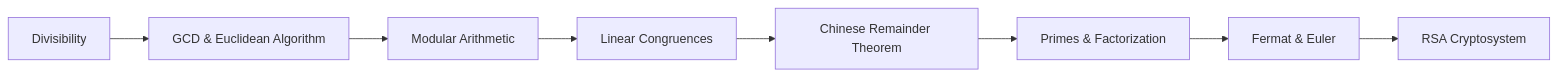
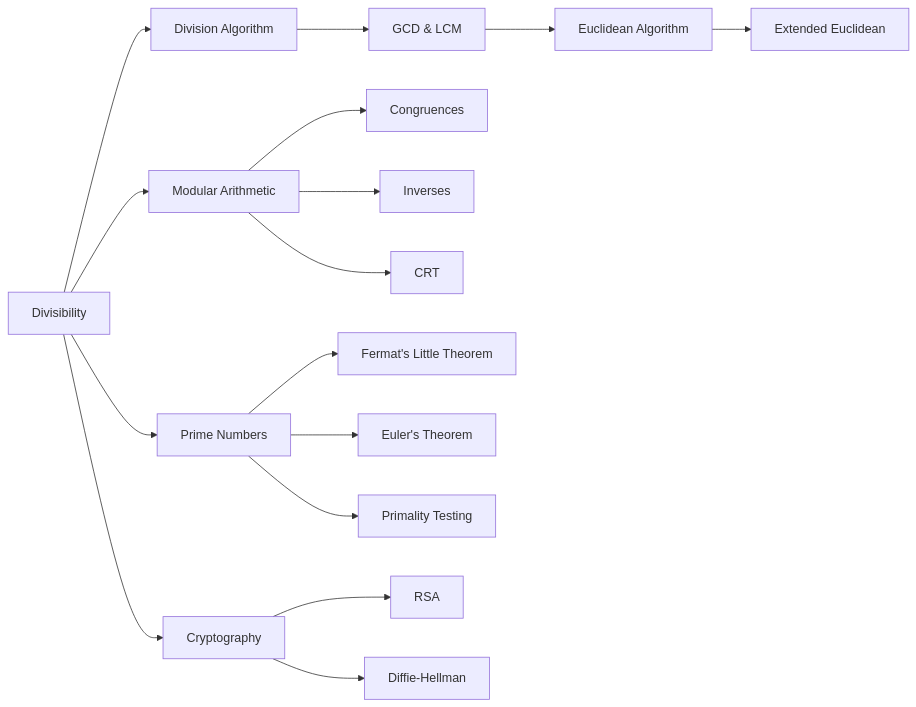
One commit to Raushan666java/ai-engineering-journey changed the diagram in docs/courses/discrete-mathematics/14-number-theory.md. Above: the diagram before and after it, drawn with Mermaid. The commit also changed other lines of this file and 62 other files, not shown here.

````diff
--- a/docs/courses/discrete-mathematics/14-number-theory.md
+++ b/docs/courses/discrete-mathematics/14-number-theory.md
@@ -32,10 +37,18 @@
 ```mermaid
 flowchart LR
-    A[Divisibility] --> B[GCD & Euclidean Algorithm]
-    B --> C[Modular Arithmetic]
-    C --> D[Linear Congruences]
-    D --> E[Chinese Remainder Theorem]
-    E --> F[Primes & Factorization]
-    F --> G[Fermat & Euler]
-    G --> H[RSA Cryptosystem]
+    A[Divisibility] --> B[Division Algorithm]
+    B --> C[GCD & LCM]
+    C --> D[Euclidean Algorithm]
+    D --> E[Extended Euclidean]
+    A --> F[Modular Arithmetic]
+    F --> G[Congruences]
+    F --> H[Inverses]
+    F --> I[CRT]
+    A --> J[Prime Numbers]
+    J --> K[Fermat's Little Theorem]
+    J --> L[Euler's Theorem]
+    J --> M[Primality Testing]
+    A --> N[Cryptography]
+    N --> O[RSA]
+    N --> P[Diffie-Hellman]
 ```
````
